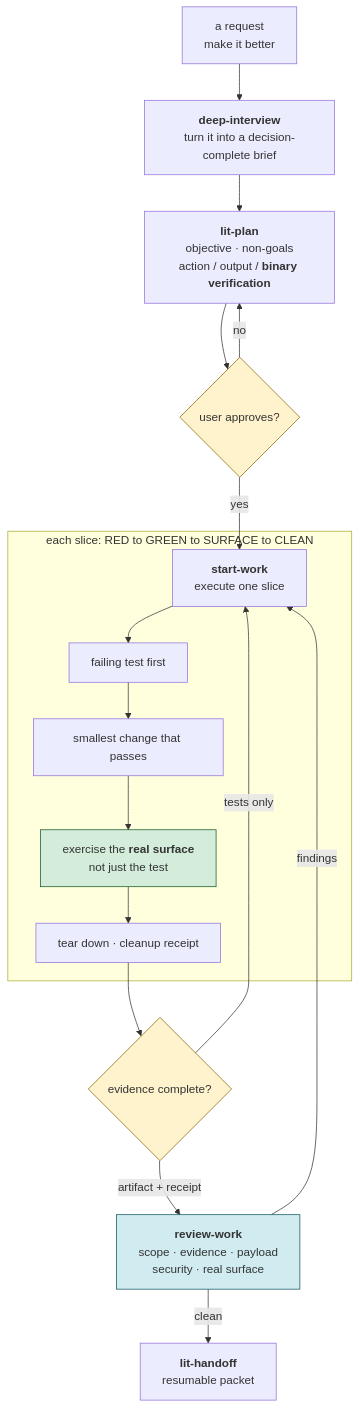
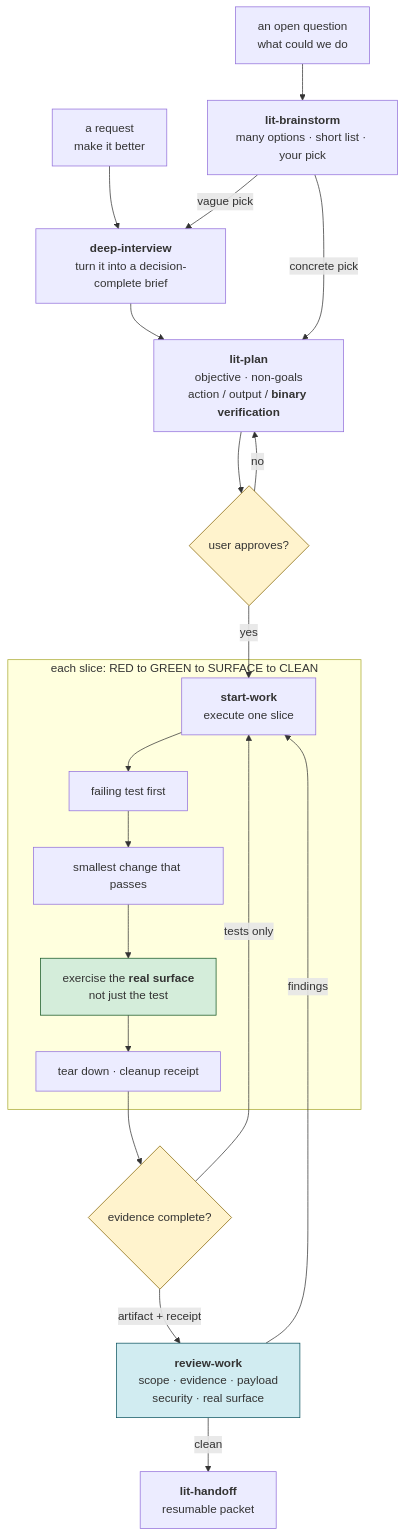
The first of 3 diagrams in docs/reference.md (wjgoarxiv/litgrok), drawn with Mermaid before and after one commit. The commit also changed other lines of this file and 160 other files, not shown here.

````diff
--- a/docs/reference.md
+++ b/docs/reference.md
@@ -7,26 +7,29 @@
 ```mermaid
 flowchart TD
     R["a request<br/>make it better"] --> DI["<b>deep-interview</b><br/>turn it into a decision-complete brief"]
+    Q["an open question<br/>what could we do"] --> LB["<b>lit-brainstorm</b><br/>many options · short list · your pick"]
+    LB -->|vague pick| DI
+    LB -->|concrete pick| P
     DI --> P["<b>lit-plan</b><br/>objective · non-goals<br/>action / output / <b>binary verification</b>"]
     P --> GATE{"user approves?"}
     GATE -->|no| P
     GATE -->|yes| SW["<b>start-work</b><br/>execute one slice"]
 
     subgraph LOOP["each slice: RED to GREEN to SURFACE to CLEAN"]
         SW --> RED["failing test first"]
         RED --> GREEN["smallest change that passes"]
         GREEN --> SURF["exercise the <b>real surface</b><br/>not just the test"]
         SURF --> CLEAN["tear down · cleanup receipt"]
     end
 
     CLEAN --> EV{"evidence complete?"}
     EV -->|"tests only"| SW
     EV -->|"artifact + receipt"| RW["<b>review-work</b><br/>scope · evidence · payload<br/>security · real surface"]
     RW -->|findings| SW
     RW -->|clean| HO["<b>lit-handoff</b><br/>resumable packet"]
 
     style GATE fill:#fff3cd,stroke:#856404
     style EV fill:#fff3cd,stroke:#856404
     style SURF fill:#d4edda,stroke:#155724
     style RW fill:#d1ecf1,stroke:#0c5460
 ```
````
